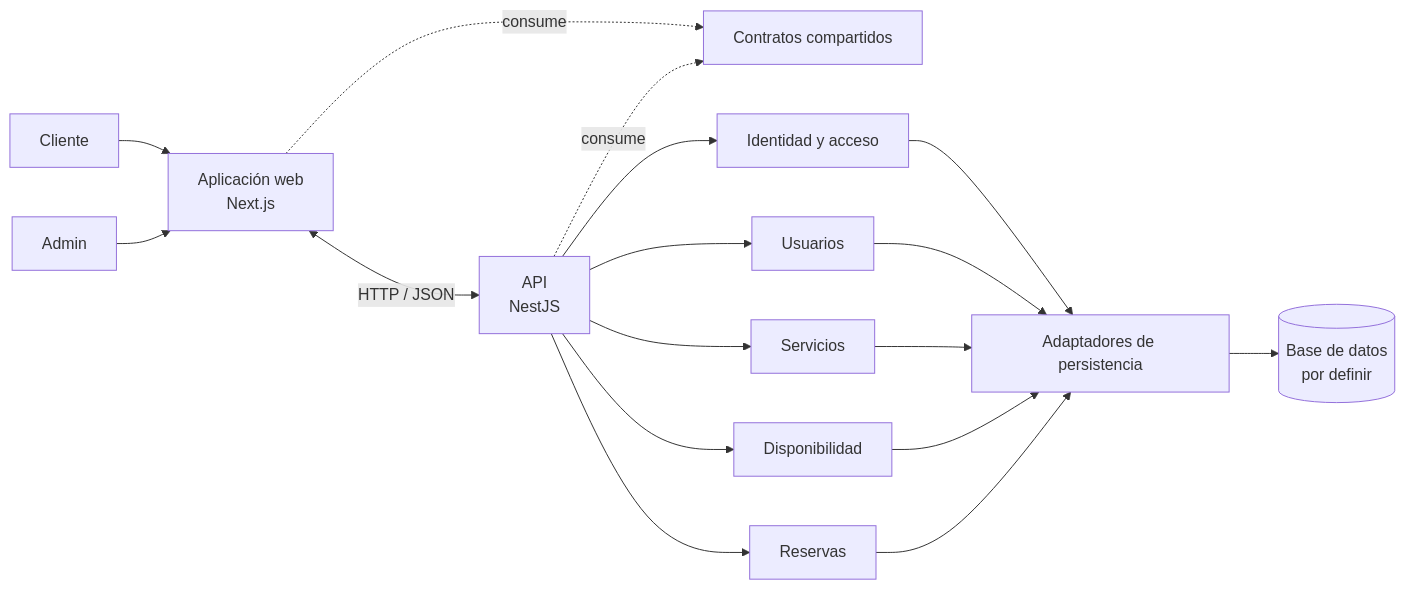
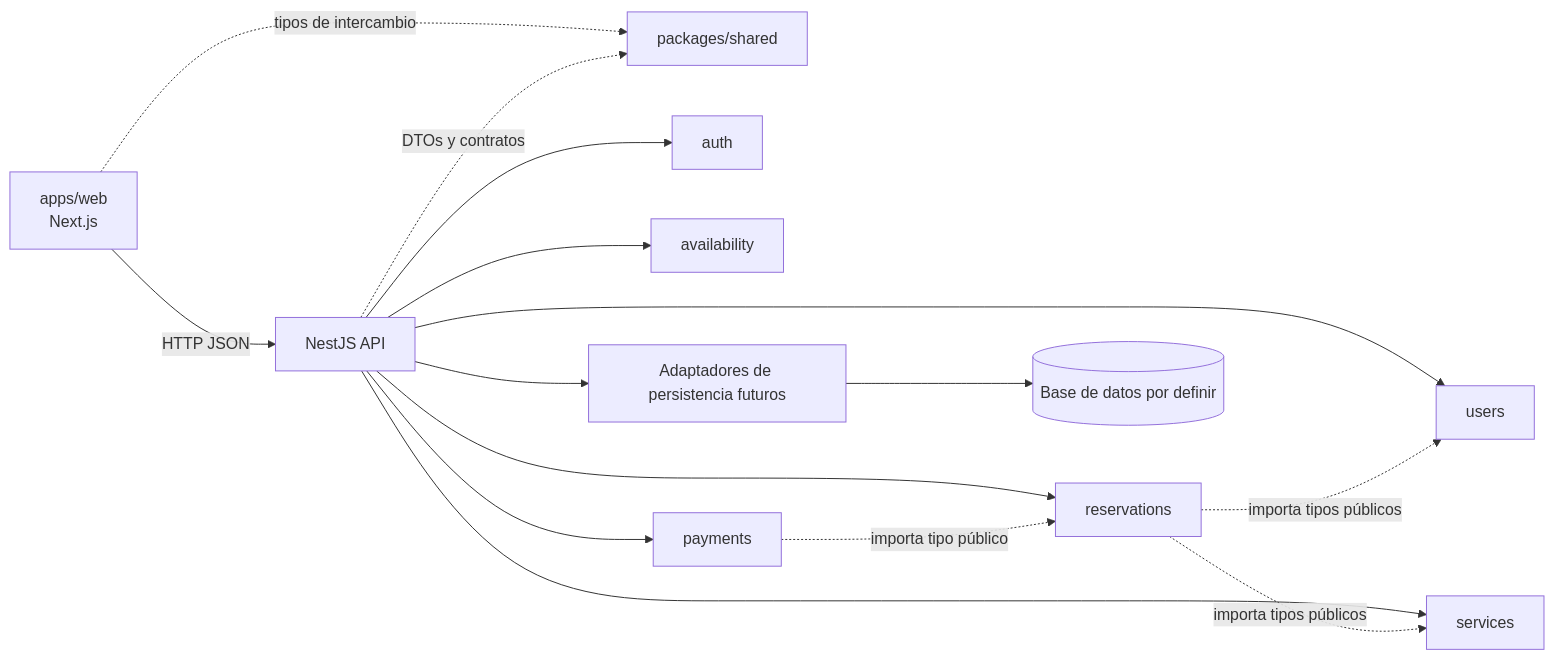
The diagram in docs/README-ARQUITECTURA-PROPUESTA.md (axelschein/agenda-app), drawn with Mermaid before and after one commit. The commit also changed other lines of this file and 17 other files, not shown here.

````diff
--- a/docs/README-ARQUITECTURA-PROPUESTA.md
+++ b/docs/README-ARQUITECTURA-PROPUESTA.md
@@ -60,32 +103,17 @@
 ```mermaid
 flowchart LR
-    Cliente[Cliente]
-    Admin[Admin]
-    Web[Aplicación web\nNext.js]
-    Shared[Contratos compartidos]
-    API[API\nNestJS]
-    Auth[Identidad y acceso]
-    Users[Usuarios]
-    Services[Servicios]
-    Availability[Disponibilidad]
-    Reservations[Reservas]
-    Persistence[Adaptadores de persistencia]
-    Database[(Base de datos\npor definir)]
-
-    Cliente --> Web
-    Admin --> Web
-    Web <-->|HTTP / JSON| API
-    Web -. consume .-> Shared
-    API -. consume .-> Shared
-    API --> Auth
-    API --> Users
-    API --> Services
-    API --> Availability
-    API --> Reservations
-    Auth --> Persistence
-    Users --> Persistence
-    Services --> Persistence
-    Availability --> Persistence
-    Reservations --> Persistence
-    Persistence --> Database
+    Web[apps/web\nNext.js] -->|HTTP JSON| API[NestJS API]
+    Web -. tipos de intercambio .-> Shared[packages/shared]
+    API -. DTOs y contratos .-> Shared
+    API --> Auth[auth]
+    API --> Users[users]
+    API --> Services[services]
+    API --> Availability[availability]
+    API --> Reservations[reservations]
+    API --> Payments[payments]
+    Reservations -. importa tipos públicos .-> Users
+    Reservations -. importa tipos públicos .-> Services
+    Payments -. importa tipo público .-> Reservations
+    API --> Infra[Adaptadores de persistencia futuros]
+    Infra --> DB[(Base de datos por definir)]
 ```
````
